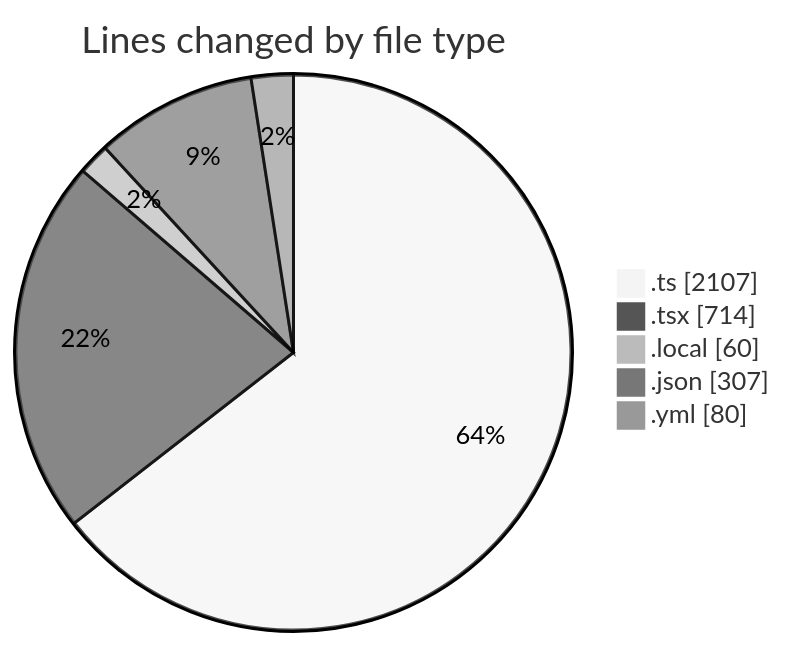
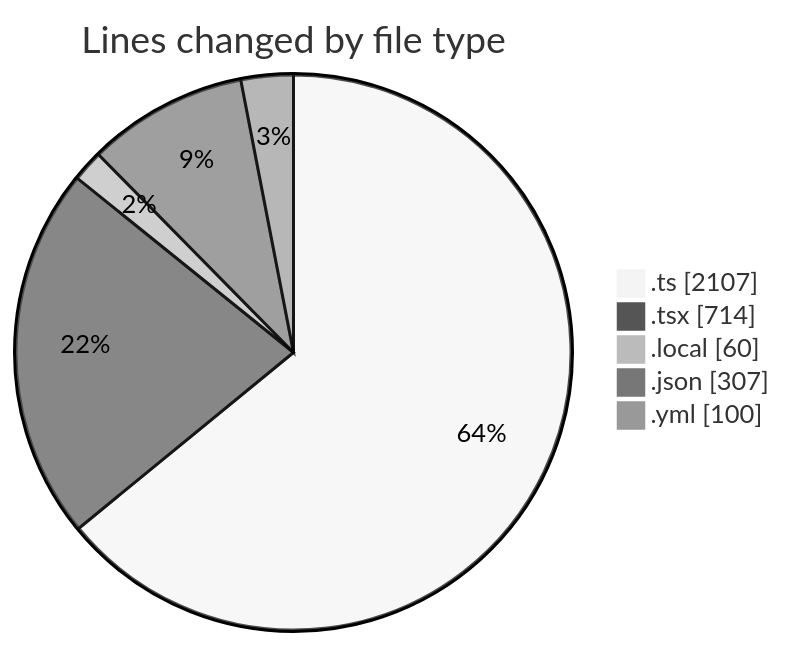
The first of 2 diagrams in 2025-11-26/eventscop-frontend-guide__workspace_/README.md (julien-gomy/code-tracking), drawn with Mermaid (neutral theme) before and after one commit. The commit also changed other lines of this file and 1 other file, not shown here.

````diff
--- a/2025-11-26/eventscop-frontend-guide__workspace_/README.md
+++ b/2025-11-26/eventscop-frontend-guide__workspace_/README.md
@@ -34,9 +34,9 @@
 ```mermaid
 pie showData
 title Lines changed by file type
 ".ts" : 2107
 ".tsx" : 714
 ".local" : 60
 ".json" : 307
-".yml" : 80
+".yml" : 100
 ```
````
